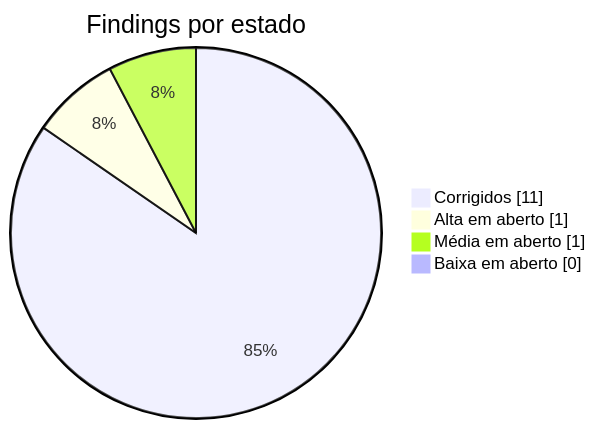
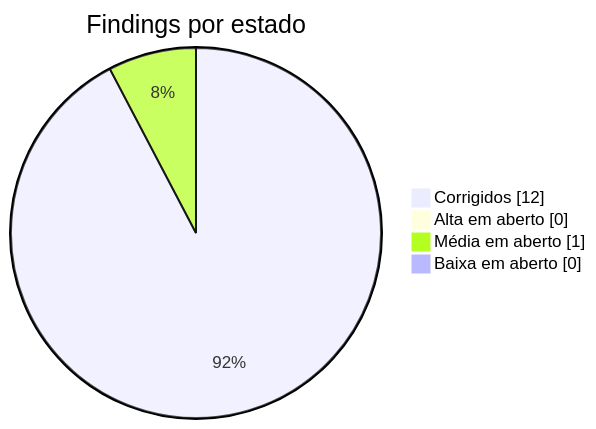
Before and after one commit to joaocarvalhini/Outlook-Reply-Assistant: the first of 2 diagrams in docs/06-engineering/technical-debt.md, drawn with Mermaid. The commit also changed other lines of this file and 4 other files, not shown here.

````diff
--- a/docs/06-engineering/technical-debt.md
+++ b/docs/06-engineering/technical-debt.md
@@ -20,8 +20,8 @@
 ```mermaid
 pie showData
     title Findings por estado
-    "Corrigidos" : 11
-    "Alta em aberto" : 1
+    "Corrigidos" : 12
+    "Alta em aberto" : 0
     "Média em aberto" : 1
     "Baixa em aberto" : 0
 ```
````
